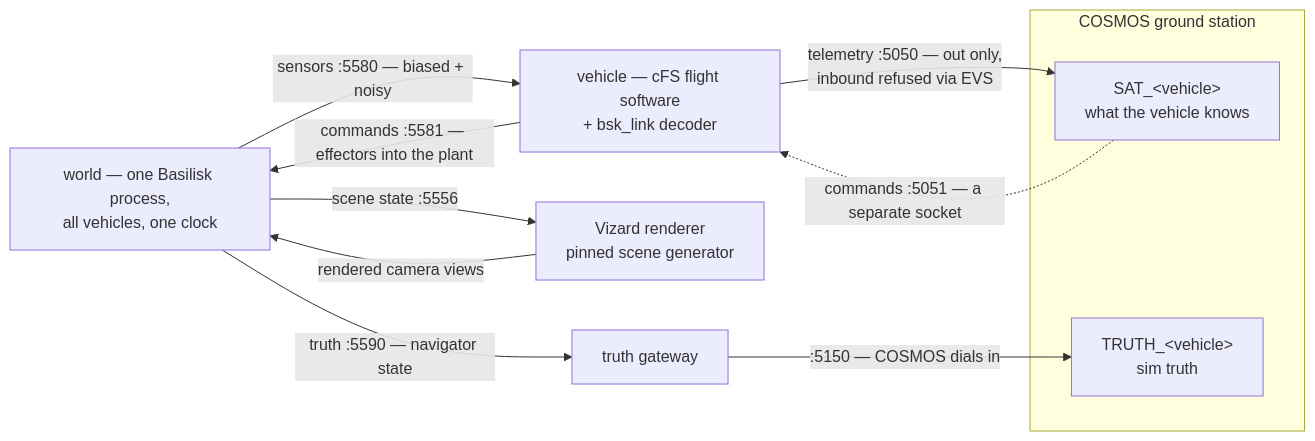
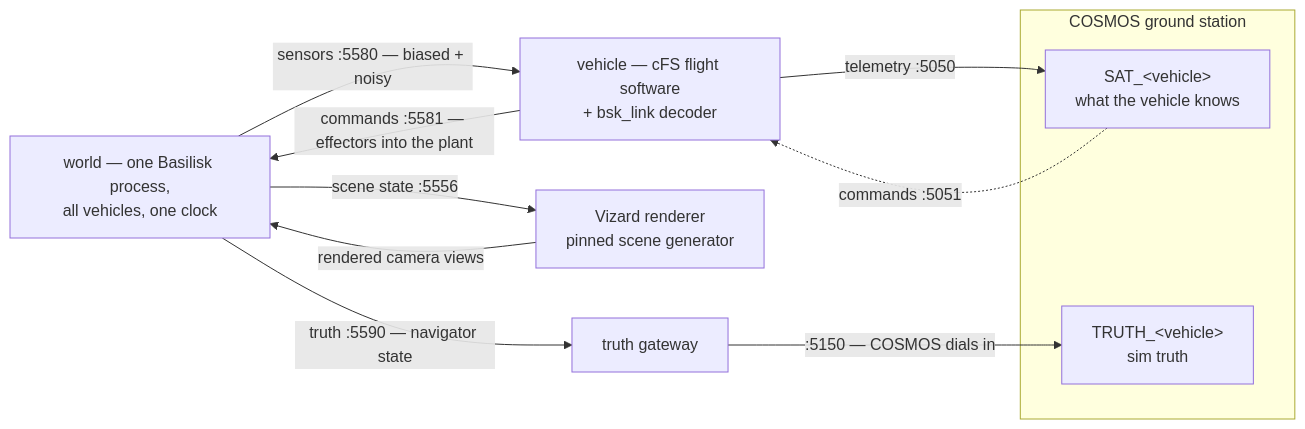
Before and after one commit to stephen-ritter/orrery: the diagram in README.md, drawn with Mermaid.

Commit message:
README diagram: station wires say what they are, not what they guarantee
The telemetry/commands edges keep the state of the art for a diagram: wire
and port, nothing else. The laws those edges obey — outbound-only, inbound
refused, commands never answered — are stated once, in the port table
directly beneath, which is where a guarantee belongs.

````diff
--- a/README.md
+++ b/README.md
@@ -146,18 +146,18 @@
 ```mermaid
 flowchart LR
   WORLD["world — one Basilisk process,<br/>all vehicles, one clock"]
   VEH["vehicle — cFS flight software<br/>+ bsk_link decoder"]
   REND["Vizard renderer<br/>pinned scene generator"]
   GW["truth gateway"]
   subgraph GS["COSMOS ground station"]
     SAT["SAT_&lt;vehicle&gt;<br/>what the vehicle knows"]
     TRT["TRUTH_&lt;vehicle&gt;<br/>sim truth"]
   end
   WORLD -- "sensors :5580 — biased + noisy" --> VEH
   WORLD -- "scene state :5556" --> REND
   WORLD -- "truth :5590 — navigator state" --> GW -- ":5150 — COSMOS dials in" --> TRT
-  VEH -- "telemetry :5050 — out only,<br/>inbound refused via EVS" --> SAT
-  SAT -. "commands :5051 — a separate socket" .-> VEH
+  VEH -- "telemetry :5050" --> SAT
+  SAT -. "commands :5051" .-> VEH
   VEH -- "commands :5581 — effectors into the plant" --> WORLD
   REND -- "rendered camera views" --> WORLD
 ```
````
